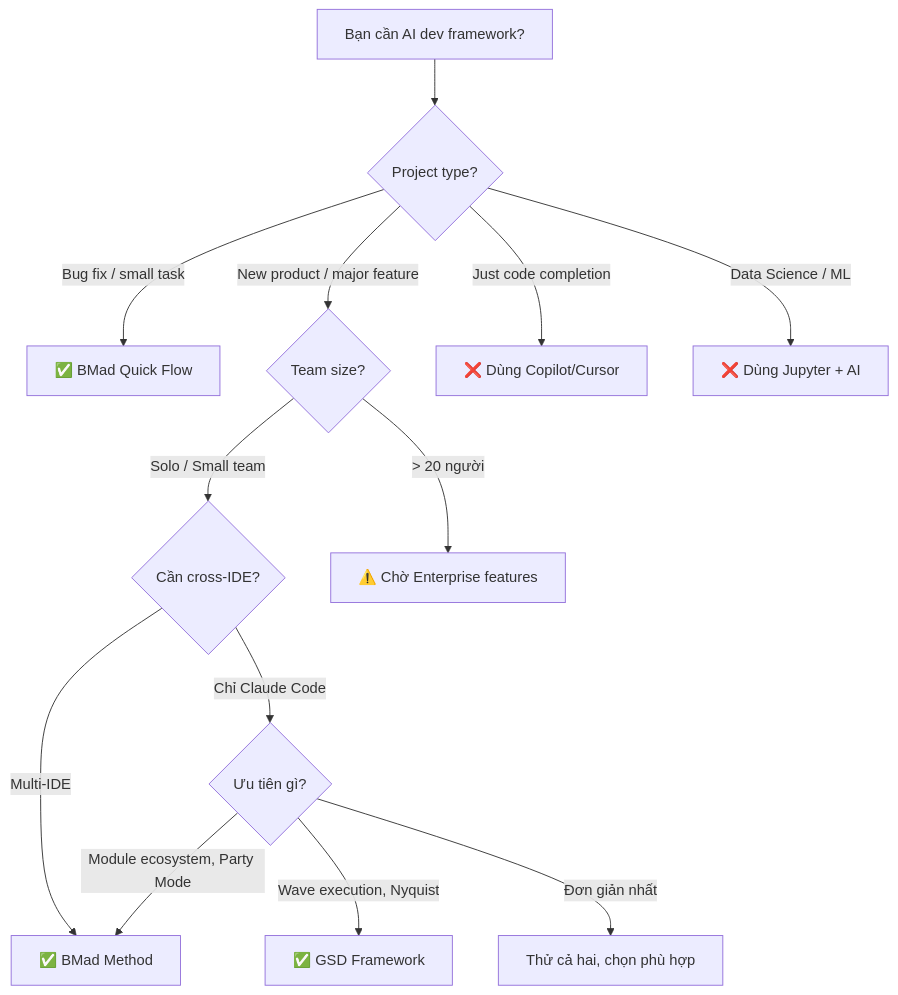
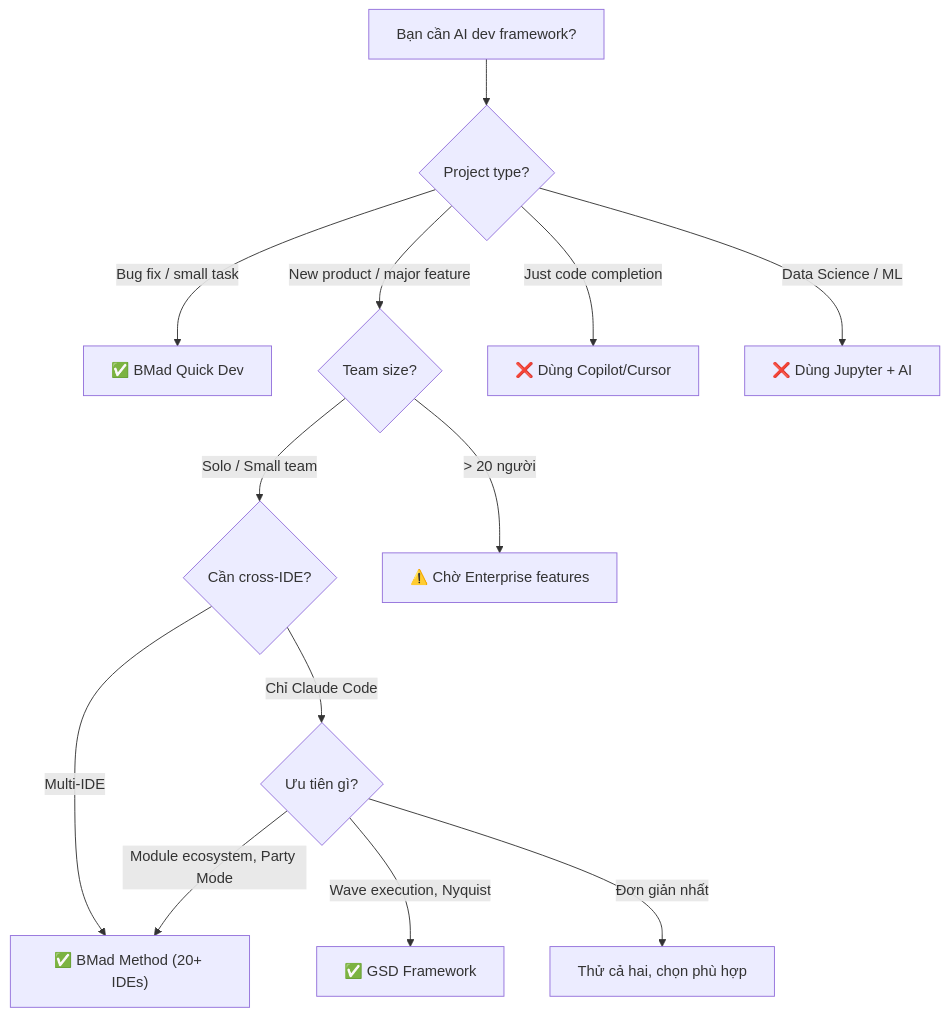
One commit to thientranhung/agentic-coding-lab changed the second of 2 diagrams in vn/bmad-method/3. Decision Guide.md. Above: the diagram before and after it, drawn with Mermaid. The commit also changed other lines of this file and 14 other files, not shown here.

Commit message:
docs: update Vietnamese docs for bmad-method, get-shit-done, superpowers

````diff
--- a/vn/bmad-method/3. Decision Guide.md
+++ b/vn/bmad-method/3. Decision Guide.md
@@ -332,19 +312,19 @@
 ```mermaid
 flowchart TD
     START["Bạn cần AI dev framework?"] --> Q1{"Project type?"}
 
-    Q1 -->|"Bug fix / small task"| QF["✅ BMad Quick Flow"]
+    Q1 -->|"Bug fix / small task"| QF["✅ BMad Quick Dev"]
     Q1 -->|"New product / major feature"| Q2{"Team size?"}
     Q1 -->|"Just code completion"| COPILOT["❌ Dùng Copilot/Cursor"]
     Q1 -->|"Data Science / ML"| JUPYTER["❌ Dùng Jupyter + AI"]
 
     Q2 -->|"Solo / Small team"| Q3{"Cần cross-IDE?"}
     Q2 -->|"> 20 người"| WAIT["⚠️ Chờ Enterprise features"]
 
     Q3 -->|"Chỉ Claude Code"| Q4{"Ưu tiên gì?"}
-    Q3 -->|"Multi-IDE"| BMAD["✅ BMad Method"]
+    Q3 -->|"Multi-IDE"| BMAD["✅ BMad Method (20+ IDEs)"]
 
     Q4 -->|"Module ecosystem, Party Mode"| BMAD
     Q4 -->|"Wave execution, Nyquist"| GSD["✅ GSD Framework"]
     Q4 -->|"Đơn giản nhất"| BOTH["Thử cả hai, chọn phù hợp"]
 ```
````
